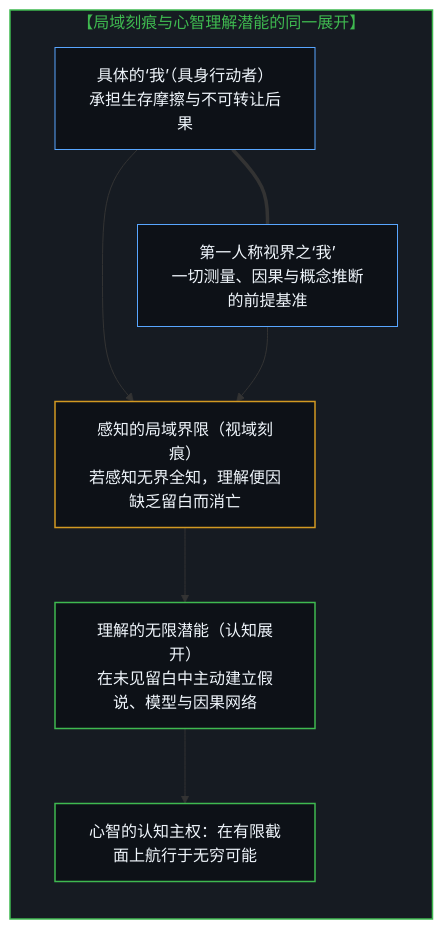
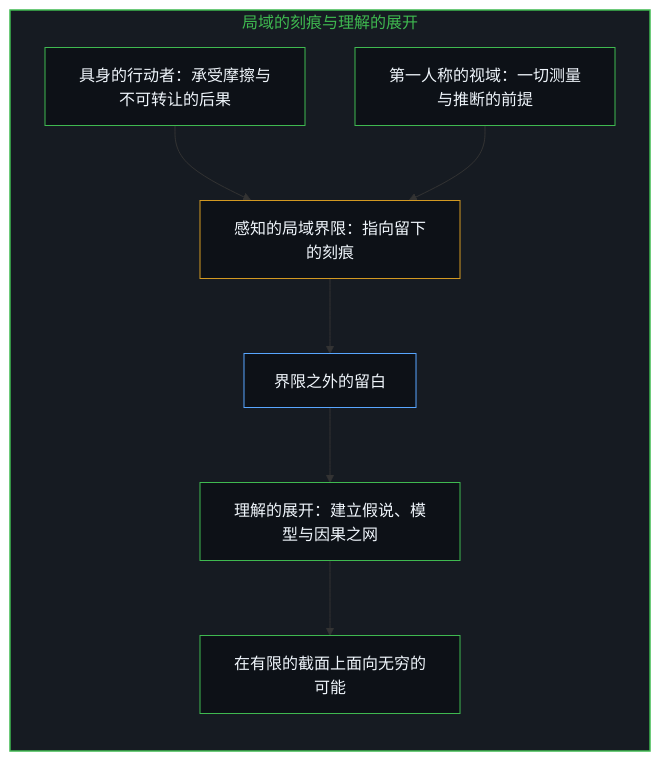
The seventh of 8 diagrams in content/posts/the-boundary-of-perception-and-the-infinity-of-understanding.md (powerpig99/not-a-toe), drawn with Mermaid before and after one commit. The commit also changed other lines of this file and 2 other files, not shown here.

Commit message:
Refine the-boundary-of-perception-and-the-infinity-of-understanding: every paragraph in both languages, four paired diagrams, the boundary as the trace of pointing, implicit first person

````diff
--- a/content/posts/the-boundary-of-perception-and-the-infinity-of-understanding.md
+++ b/content/posts/the-boundary-of-perception-and-the-infinity-of-understanding.md
@@ -157,17 +215,25 @@
 ```mermaid
-graph TD
-    subgraph S_FirstPersonSynthesis ["【局域刻痕与心智理解潜能的同一展开】"]
+flowchart TD
+    subgraph S_Unfold["局域的刻痕与理解的展开"]
         direction TB
-        M1["具体的‘我’（具身行动者）<br/>承担生存摩擦与不可转让后果"] === M2["第一人称视界之‘我’<br/>一切测量、因果与概念推断的前提基准"]
-        M1 & M2 --> M3["感知的局域界限（视域刻痕）<br/>若感知无界全知，理解便因缺乏留白而消亡"]
-        M3 --> M4["理解的无限潜能（认知展开）<br/>在未见留白中主动建立假说、模型与因果网络"]
-        M4 --> M5["心智的认知主权：在有限截面上航行于无穷可能"]
+        Agent["具身的行动者：承受摩擦与不可转让的后果"]
+        Horizon["第一人称的视域：一切测量与推断的前提"]
+        Bound["感知的局域界限：指向留下的刻痕"]
+        Blank["界限之外的留白"]
+        Unfold["理解的展开：建立假说、模型与因果之网"]
+        Open["在有限的截面上面向无穷的可能"]
+        Agent --> Bound
+        Horizon --> Bound
+        Bound --> Blank
+        Blank --> Unfold
+        Unfold --> Open
     end
 
-    style S_FirstPersonSynthesis fill:#161b22,stroke:#3fb950,stroke-width:1.5px,color:#3fb950
-    style M1 fill:#0d1117,stroke:#58a6ff,stroke-width:1px,color:#f0f6fc
-    style M2 fill:#0d1117,stroke:#58a6ff,stroke-width:1px,color:#f0f6fc
-    style M3 fill:#0d1117,stroke:#d29922,stroke-width:1.5px,color:#f0f6fc
-    style M4 fill:#0d1117,stroke:#3fb950,stroke-width:1.5px,color:#f0f6fc
-    style M5 fill:#0d1117,stroke:#3fb950,stroke-width:1.5px,color:#f0f6fc
+    style S_Unfold fill:#161b22,stroke:#3fb950,stroke-width:1.5px,color:#3fb950
+    style Agent fill:#0d1117,stroke:#3fb950,stroke-width:1px,color:#f0f6fc
+    style Horizon fill:#0d1117,stroke:#3fb950,stroke-width:1px,color:#f0f6fc
+    style Bound fill:#0d1117,stroke:#d29922,stroke-width:1px,color:#f0f6fc
+    style Blank fill:#0d1117,stroke:#58a6ff,stroke-width:1px,color:#f0f6fc
+    style Unfold fill:#0d1117,stroke:#3fb950,stroke-width:1px,color:#f0f6fc
+    style Open fill:#0d1117,stroke:#3fb950,stroke-width:1px,color:#f0f6fc
 ```
````
